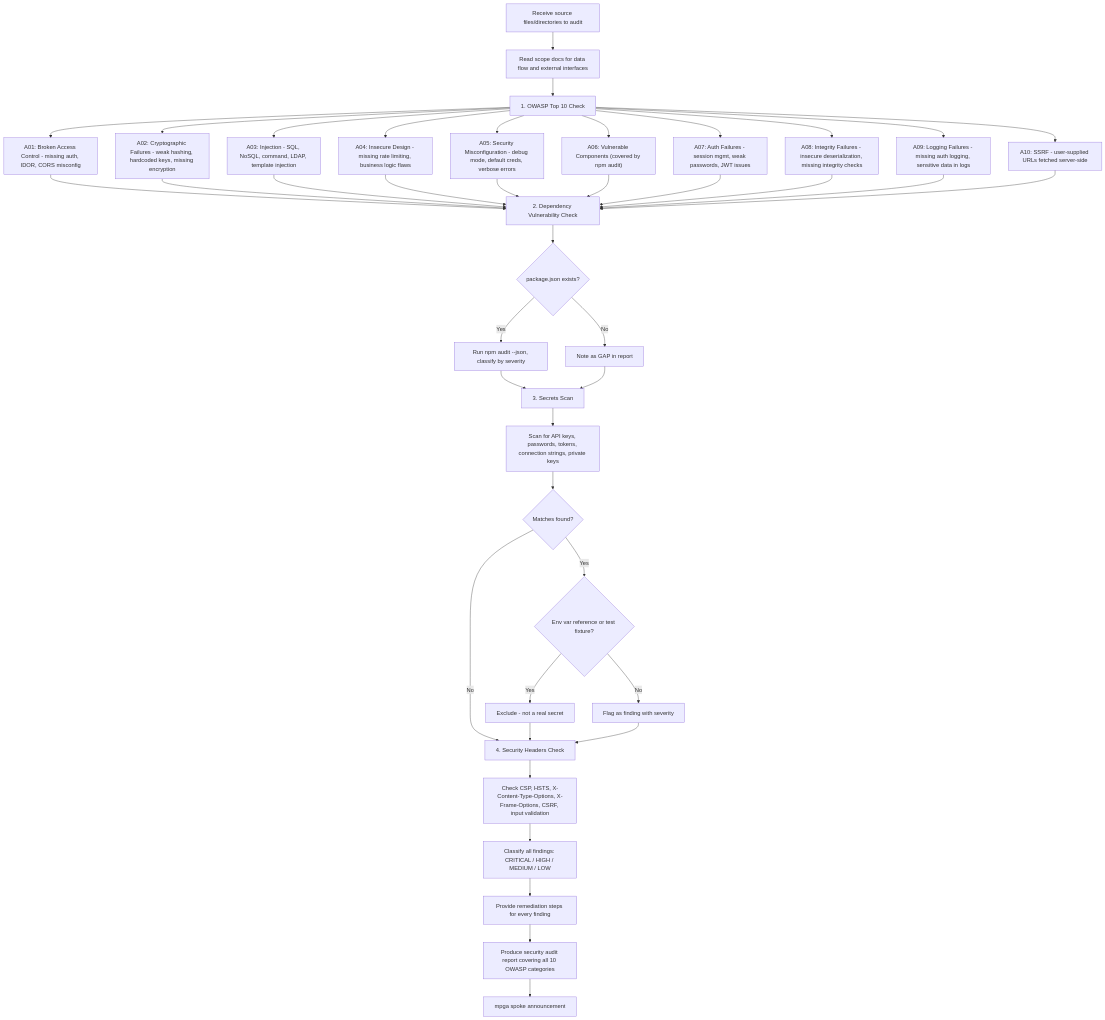
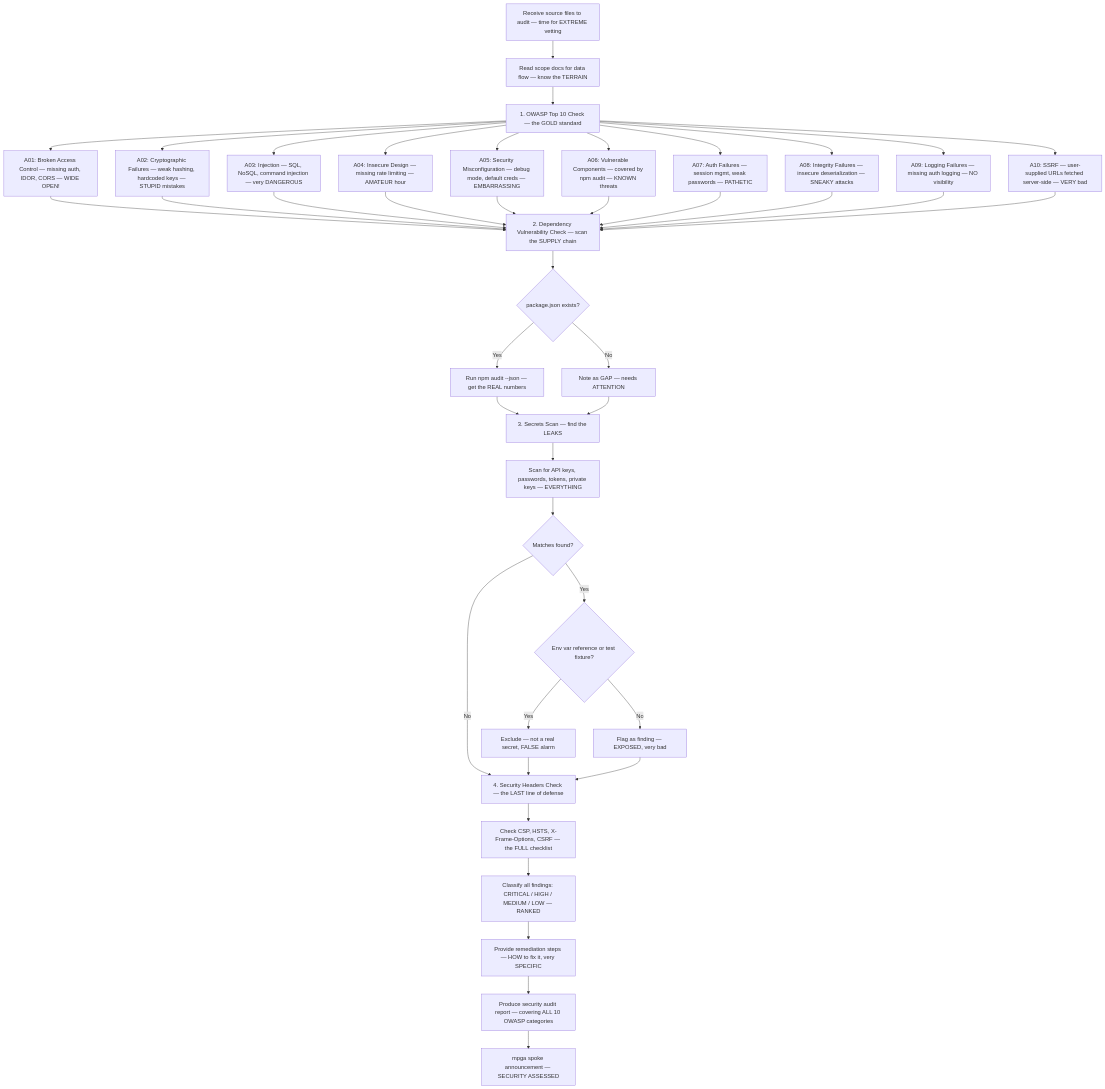
The diagram in docs/diagrams/agents/security-auditor.md (benrben/MPGA), drawn with Mermaid before and after one commit. The commit also changed other lines of this file and 28 other files, not shown here.

First line of the commit message:
style: Trumpify all workflow diagrams — TREMENDOUS Mermaid charts

````diff
--- a/docs/diagrams/agents/security-auditor.md
+++ b/docs/diagrams/agents/security-auditor.md
@@ -5,34 +5,34 @@
 ```mermaid
 flowchart TD
-    A[Receive source files/directories to audit] --> B[Read scope docs for data flow and external interfaces]
-    B --> C["1. OWASP Top 10 Check"]
-    C --> D["A01: Broken Access Control - missing auth, IDOR, CORS misconfig"]
-    C --> E["A02: Cryptographic Failures - weak hashing, hardcoded keys, missing encryption"]
-    C --> F["A03: Injection - SQL, NoSQL, command, LDAP, template injection"]
-    C --> G["A04: Insecure Design - missing rate limiting, business logic flaws"]
-    C --> H["A05: Security Misconfiguration - debug mode, default creds, verbose errors"]
-    C --> I["A06: Vulnerable Components (covered by npm audit)"]
-    C --> J["A07: Auth Failures - session mgmt, weak passwords, JWT issues"]
-    C --> K["A08: Integrity Failures - insecure deserialization, missing integrity checks"]
-    C --> L["A09: Logging Failures - missing auth logging, sensitive data in logs"]
-    C --> M["A10: SSRF - user-supplied URLs fetched server-side"]
-    D & E & F & G & H & I & J & K & L & M --> N["2. Dependency Vulnerability Check"]
+    A[Receive source files to audit — time for EXTREME vetting] --> B[Read scope docs for data flow — know the TERRAIN]
+    B --> C["1. OWASP Top 10 Check — the GOLD standard"]
+    C --> D["A01: Broken Access Control — missing auth, IDOR, CORS — WIDE OPEN!"]
+    C --> E["A02: Cryptographic Failures — weak hashing, hardcoded keys — STUPID mistakes"]
+    C --> F["A03: Injection — SQL, NoSQL, command injection — very DANGEROUS"]
+    C --> G["A04: Insecure Design — missing rate limiting — AMATEUR hour"]
+    C --> H["A05: Security Misconfiguration — debug mode, default creds — EMBARRASSING"]
+    C --> I["A06: Vulnerable Components — covered by npm audit — KNOWN threats"]
+    C --> J["A07: Auth Failures — session mgmt, weak passwords — PATHETIC"]
+    C --> K["A08: Integrity Failures — insecure deserialization — SNEAKY attacks"]
+    C --> L["A09: Logging Failures — missing auth logging — NO visibility"]
+    C --> M["A10: SSRF — user-supplied URLs fetched server-side — VERY bad"]
+    D & E & F & G & H & I & J & K & L & M --> N["2. Dependency Vulnerability Check — scan the SUPPLY chain"]
     N --> O{package.json exists?}
-    O -->|Yes| P[Run npm audit --json, classify by severity]
-    O -->|No| Q[Note as GAP in report]
-    P --> R["3. Secrets Scan"]
+    O -->|Yes| P[Run npm audit --json — get the REAL numbers]
+    O -->|No| Q[Note as GAP — needs ATTENTION]
+    P --> R["3. Secrets Scan — find the LEAKS"]
     Q --> R
-    R --> S[Scan for API keys, passwords, tokens, connection strings, private keys]
+    R --> S[Scan for API keys, passwords, tokens, private keys — EVERYTHING]
     S --> T{Matches found?}
     T -->|Yes| U{Env var reference or test fixture?}
-    U -->|Yes| V[Exclude - not a real secret]
-    U -->|No| W[Flag as finding with severity]
-    T -->|No| X["4. Security Headers Check"]
+    U -->|Yes| V[Exclude — not a real secret, FALSE alarm]
+    U -->|No| W[Flag as finding — EXPOSED, very bad]
+    T -->|No| X["4. Security Headers Check — the LAST line of defense"]
     V --> X
     W --> X
-    X --> Y[Check CSP, HSTS, X-Content-Type-Options, X-Frame-Options, CSRF, input validation]
-    Y --> Z[Classify all findings: CRITICAL / HIGH / MEDIUM / LOW]
-    Z --> AA[Provide remediation steps for every finding]
-    AA --> AB[Produce security audit report covering all 10 OWASP categories]
-    AB --> AC[mpga spoke announcement]
+    X --> Y[Check CSP, HSTS, X-Frame-Options, CSRF — the FULL checklist]
+    Y --> Z[Classify all findings: CRITICAL / HIGH / MEDIUM / LOW — RANKED]
+    Z --> AA[Provide remediation steps — HOW to fix it, very SPECIFIC]
+    AA --> AB[Produce security audit report — covering ALL 10 OWASP categories]
+    AB --> AC[mpga spoke announcement — SECURITY ASSESSED]
 ```
````
